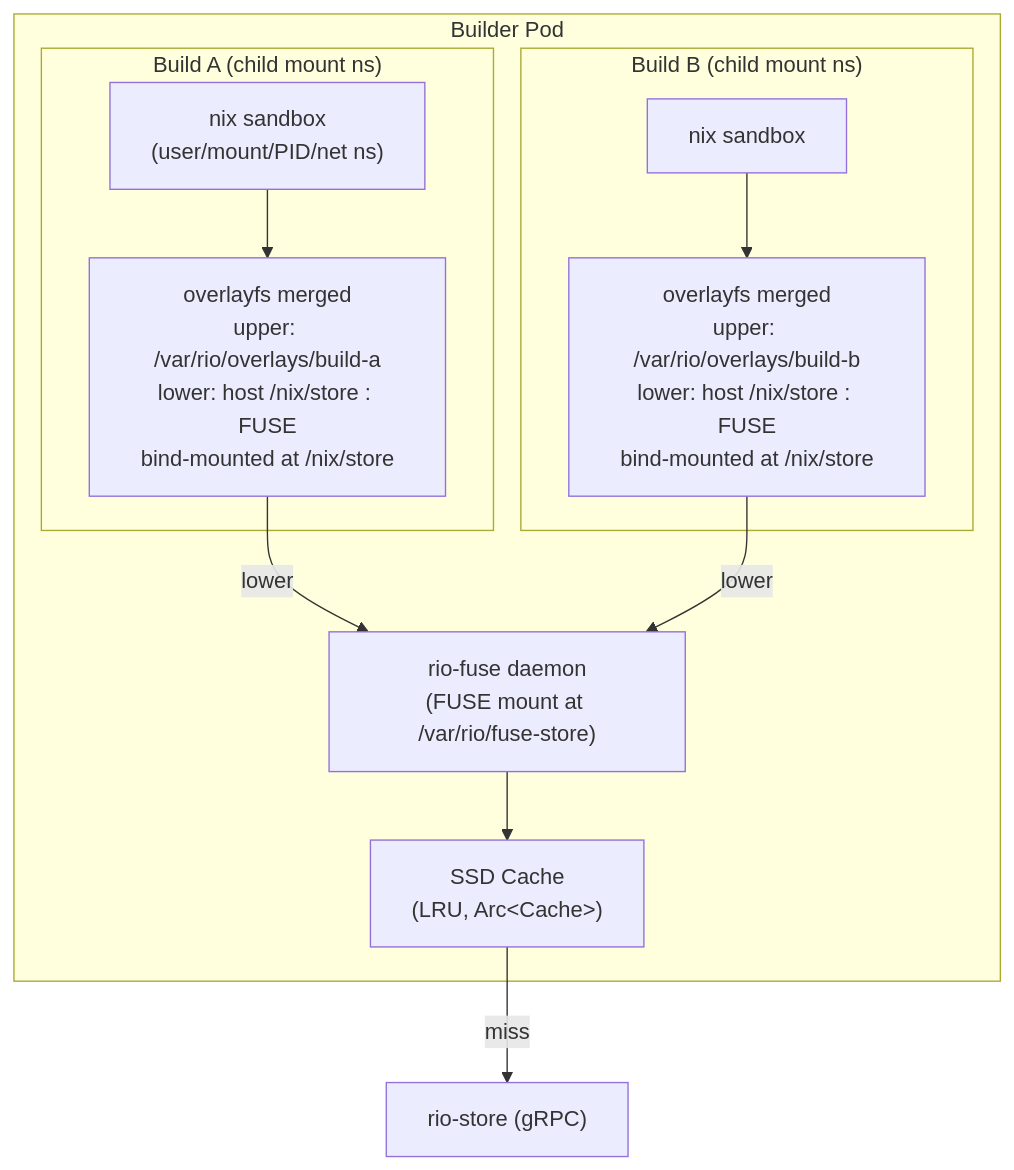
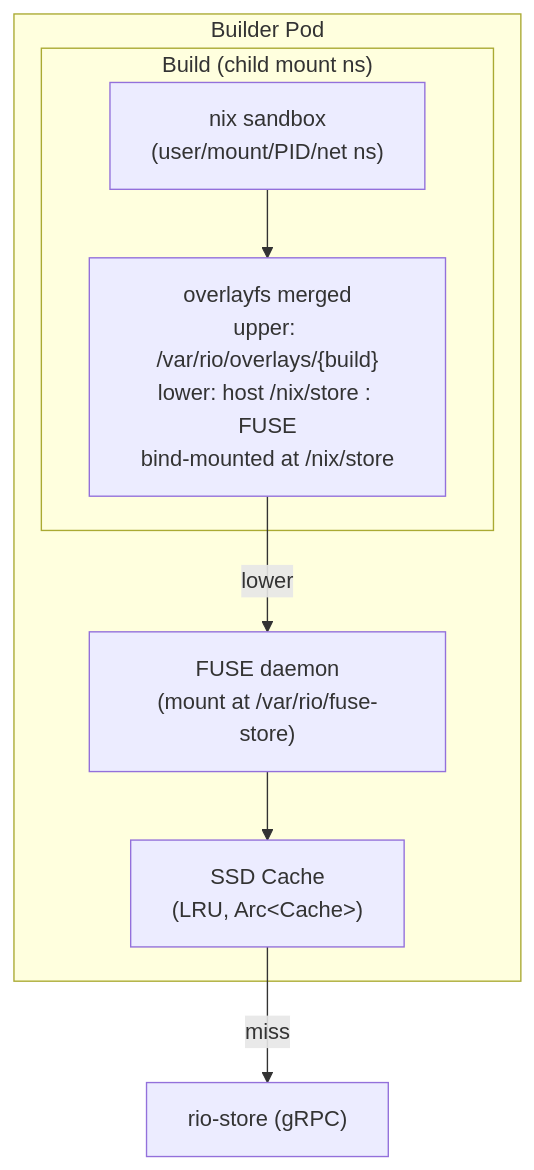
The diagram in docs/src/components/builder.md (Mic92/rio-build), drawn with Mermaid before and after one commit. The commit also changed other lines of this file and 3 other files, not shown here.

````diff
--- a/docs/src/components/builder.md
+++ b/docs/src/components/builder.md
@@ -148,23 +148,17 @@
 ```mermaid
 graph TB
     subgraph "Builder Pod"
-        FUSE["rio-fuse daemon<br/>(FUSE mount at /var/rio/fuse-store)"]
+        FUSE["FUSE daemon<br/>(mount at /var/rio/fuse-store)"]
         Cache["SSD Cache<br/>(LRU, Arc&lt;Cache&gt;)"]
-        subgraph "Build A (child mount ns)"
-            OA["overlayfs merged<br/>upper: /var/rio/overlays/build-a<br/>lower: host /nix/store : FUSE<br/>bind-mounted at /nix/store"]
+        subgraph "Build (child mount ns)"
+            OA["overlayfs merged<br/>upper: /var/rio/overlays/{build}<br/>lower: host /nix/store : FUSE<br/>bind-mounted at /nix/store"]
             SA["nix sandbox<br/>(user/mount/PID/net ns)"]
-        end
-        subgraph "Build B (child mount ns)"
-            OB["overlayfs merged<br/>upper: /var/rio/overlays/build-b<br/>lower: host /nix/store : FUSE<br/>bind-mounted at /nix/store"]
-            SB["nix sandbox"]
         end
     end
     Store["rio-store (gRPC)"]
 
     FUSE --> Cache
     Cache -->|miss| Store
     OA -->|lower| FUSE
-    OB -->|lower| FUSE
     SA --> OA
-    SB --> OB
 ```
````
